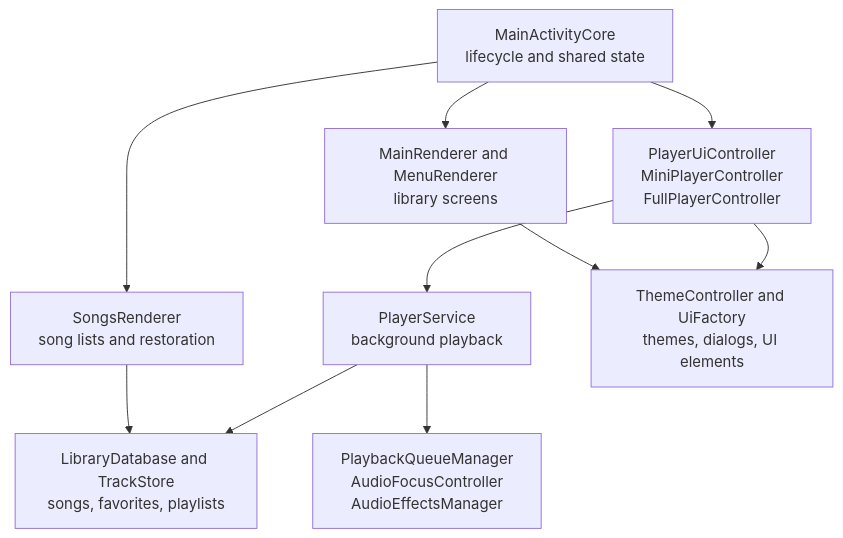
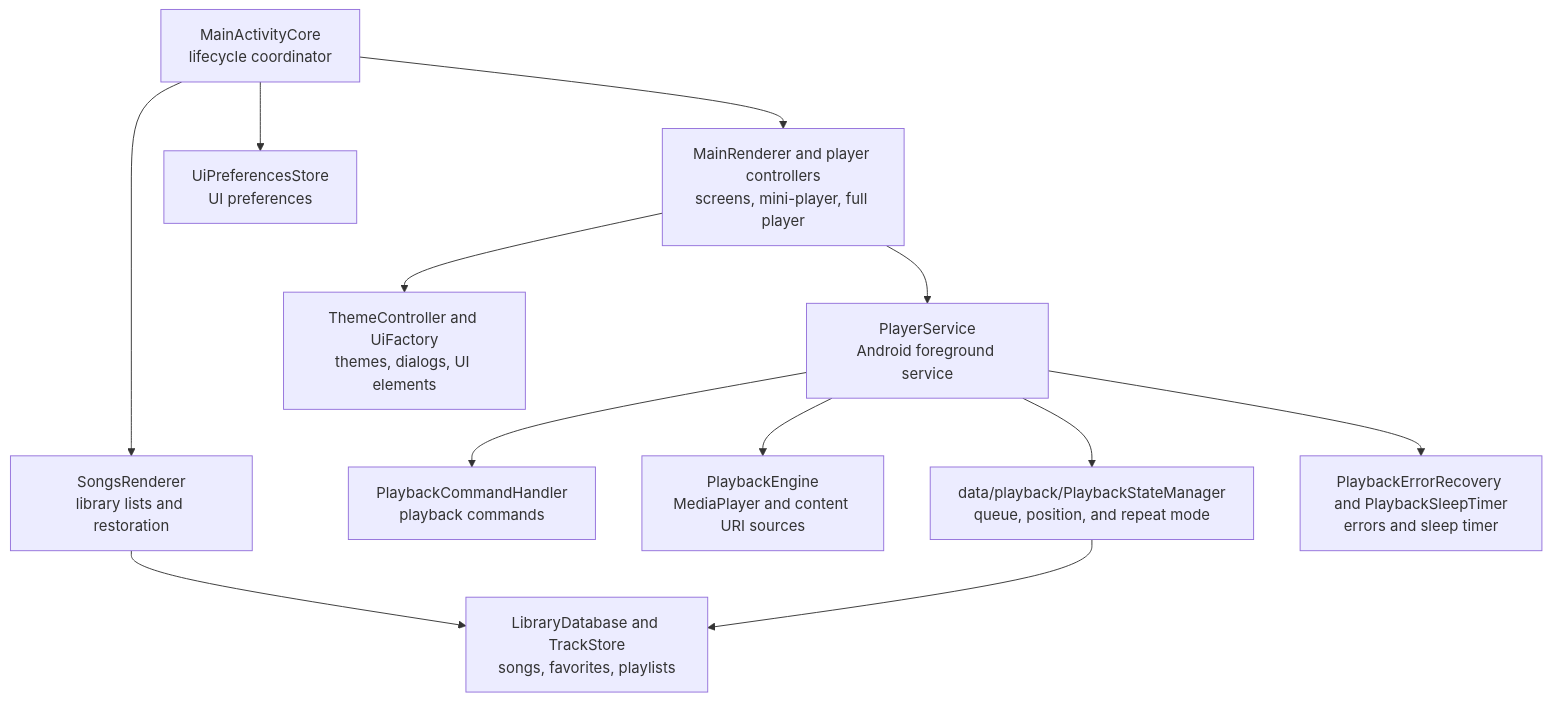
One commit to dumuzeyn/MP3-player-APK changed the second of 2 diagrams in README.md. Above: the diagram before and after it, drawn with Mermaid. The commit also changed other lines of this file and 26 other files, not shown here.

````diff
--- a/README.md
+++ b/README.md
@@ -132,21 +146,26 @@
 ```mermaid
 flowchart TD
-    ACT["MainActivityCore<br/>lifecycle and shared state"]
-    UI["MainRenderer and MenuRenderer<br/>library screens"]
-    SONGS["SongsRenderer<br/>song lists and restoration"]
-    PLAYER["PlayerUiController<br/>MiniPlayerController<br/>FullPlayerController"]
-    SERVICE["PlayerService<br/>background playback"]
-    AUDIO["PlaybackQueueManager<br/>AudioFocusController<br/>AudioEffectsManager"]
+    ACT["MainActivityCore<br/>lifecycle coordinator"]
+    UI["MainRenderer and player controllers<br/>screens, mini-player, full player"]
+    SONGS["SongsRenderer<br/>library lists and restoration"]
+    SERVICE["PlayerService<br/>Android foreground service"]
+    COMMANDS["PlaybackCommandHandler<br/>playback commands"]
+    ENGINE["PlaybackEngine<br/>MediaPlayer and content URI sources"]
+    STATE["data/playback/PlaybackStateManager<br/>queue, position, and repeat mode"]
+    RECOVERY["PlaybackErrorRecovery and PlaybackSleepTimer<br/>errors and sleep timer"]
     DATA["LibraryDatabase and TrackStore<br/>songs, favorites, playlists"]
     STYLE["ThemeController and UiFactory<br/>themes, dialogs, UI elements"]
+    PREFS["UiPreferencesStore<br/>UI preferences"]
 
     ACT --> UI
     ACT --> SONGS
-    ACT --> PLAYER
+    ACT --> PREFS
     SONGS --> DATA
-    PLAYER --> SERVICE
-    SERVICE --> AUDIO
-    SERVICE --> DATA
+    UI --> SERVICE
+    SERVICE --> COMMANDS
+    SERVICE --> ENGINE
+    SERVICE --> STATE
+    SERVICE --> RECOVERY
+    STATE --> DATA
     UI --> STYLE
-    PLAYER --> STYLE
 ```
````
